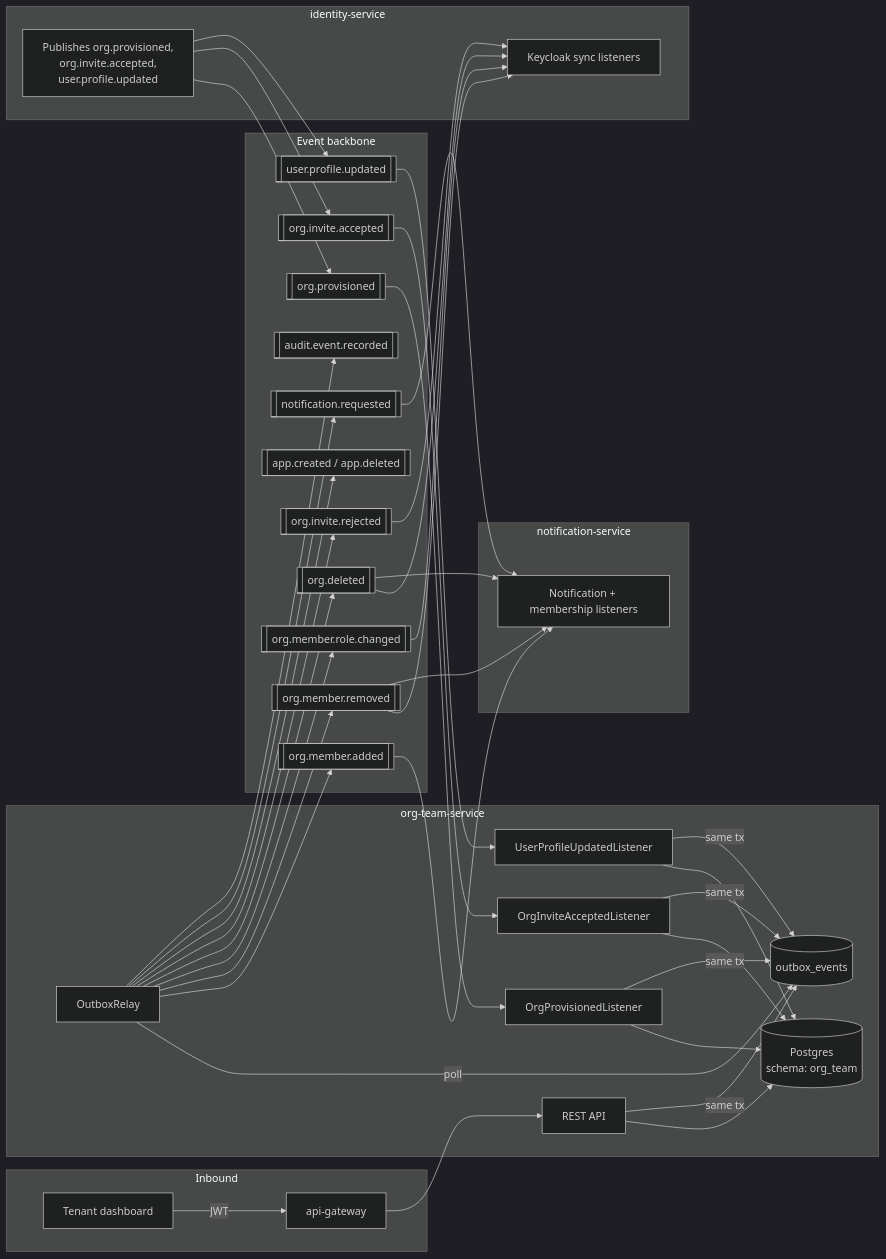
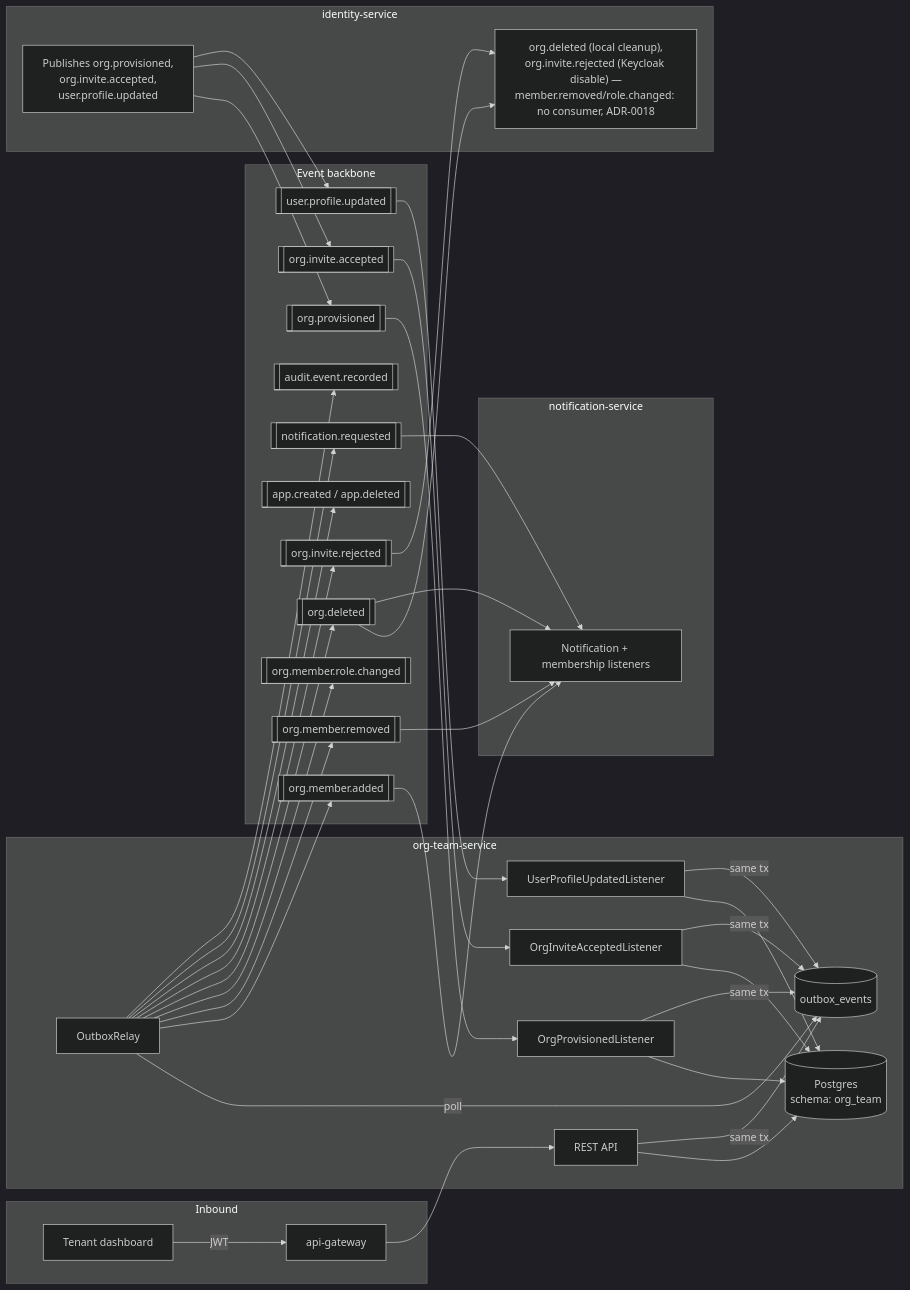
One commit to Wamitinewton/Pallet.io changed the first of 9 diagrams in docs/org-team-service/ARCHITECTURE.md. Above: the diagram before and after it, drawn with Mermaid (dark theme). The commit also changed other lines of this file and 51 other files, not shown here.

````diff
--- a/docs/org-team-service/ARCHITECTURE.md
+++ b/docs/org-team-service/ARCHITECTURE.md
@@ -65,54 +68,54 @@
 ```mermaid
 flowchart LR
     subgraph Inbound
         FE[Tenant dashboard]
         GW[api-gateway]
     end
 
     subgraph OTS["org-team-service"]
         API[REST API]
         L1["OrgProvisionedListener"]
         L2["OrgInviteAcceptedListener"]
         L3["UserProfileUpdatedListener"]
         OB[("outbox_events")]
         RELAY[OutboxRelay]
         DB[(Postgres<br/>schema: org_team)]
     end
 
     subgraph Backbone["Event backbone"]
         T1[["org.provisioned"]]
         T2[["org.invite.accepted"]]
         T3[["user.profile.updated"]]
         T4[["org.member.added"]]
         T5[["org.member.removed"]]
         T6[["org.member.role.changed"]]
         T7[["org.deleted"]]
         T8[["org.invite.rejected"]]
         T9[["app.created / app.deleted"]]
         T10[["notification.requested"]]
         T11[["audit.event.recorded"]]
     end
 
     subgraph IS["identity-service"]
         ISPub[Publishes org.provisioned,<br/>org.invite.accepted,<br/>user.profile.updated]
-        ISSub[Keycloak sync listeners]
+        ISSub["org.deleted (local cleanup),<br/>org.invite.rejected (Keycloak disable) —<br/>member.removed/role.changed: no consumer, ADR-0018"]
     end
 
     subgraph NS["notification-service"]
         NSL[Notification + membership listeners]
     end
 
     FE -- JWT --> GW --> API --> DB
     API -- same tx --> OB
     RELAY -- poll --> OB
     RELAY --> T4 & T5 & T6 & T7 & T8 & T9 & T10 & T11
 
     ISPub --> T1 & T2 & T3
     T1 --> L1 --> DB
     T2 --> L2 --> DB
     T3 --> L3 --> DB
     L1 & L2 & L3 -- same tx --> OB
 
-    T5 & T6 & T7 & T8 --> ISSub
+    T7 & T8 --> ISSub
     T4 & T5 & T7 & T10 --> NSL
 ```
````
